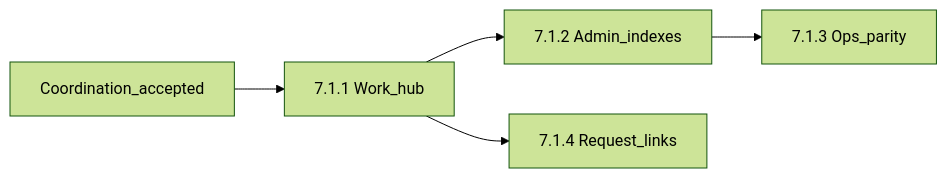
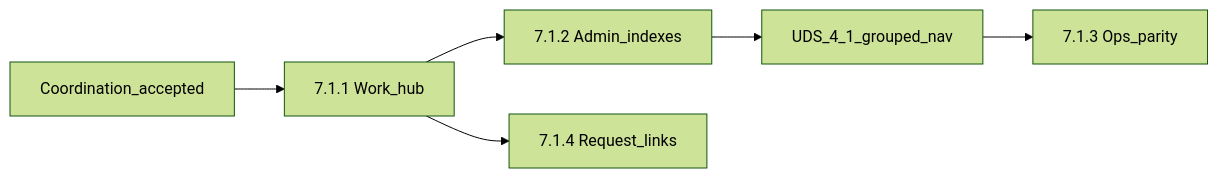
The diagram in docs/planning/phase7.1-purchasing-polish/phase7.1-plan.md (BankEncore/ShelfSense-v1), drawn with Mermaid (forest theme) before and after one commit. The commit also changed other lines of this file and 28 other files, not shown here.

````diff
--- a/docs/planning/phase7.1-purchasing-polish/phase7.1-plan.md
+++ b/docs/planning/phase7.1-purchasing-polish/phase7.1-plan.md
@@ -52,10 +69,11 @@
 ```mermaid
 flowchart LR
   gate[Coordination_accepted]
   s711[7.1.1 Work_hub]
   s712[7.1.2 Admin_indexes]
+  uds41[UDS_4_1_grouped_nav]
   s713[7.1.3 Ops_parity]
   s714[7.1.4 Request_links]
-  gate --> s711 --> s712 --> s713
+  gate --> s711 --> s712 --> uds41 --> s713
   s711 --> s714
 ```
````
